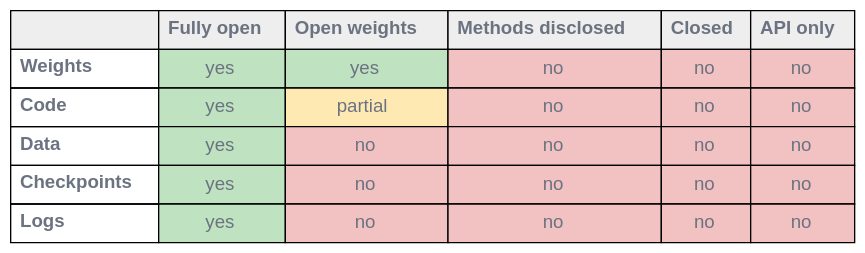
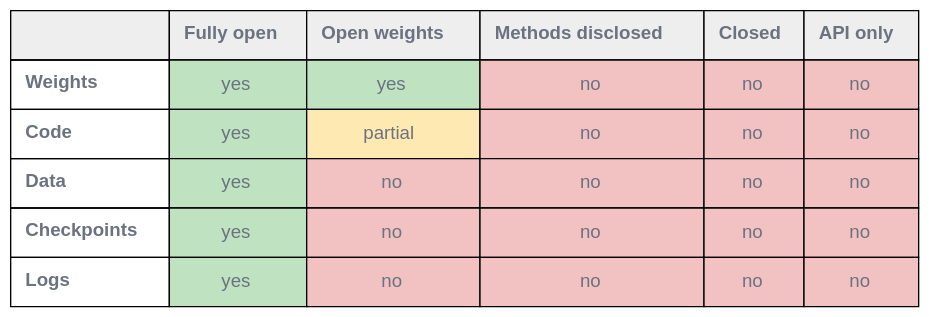
Before and after one commit to latere-ai/ai-as-an-infrastructure: the first of 2 diagrams in en/ecosystem/01-model-landscape.qmd, drawn with Graphviz. The commit also changed 1 other file, not shown here.

Commit message:
ecosystem: widen disclosure-table cell padding so CJK headers do not clip

````diff
--- a/en/ecosystem/01-model-landscape.qmd
+++ b/en/ecosystem/01-model-landscape.qmd
@@ -92,61 +92,61 @@
 ```{dot}
 //| label: fig-model-landscape-disclosure
 //| fig-cap: "The five disclosure dimensions against the openness tiers. A cell is the answer to one question: does this tier publish this artifact? Open weights ships runnable code and a report but not the full training pipeline, marked partial. After the fully open column, almost everything is withheld."
 digraph disclosure {
   bgcolor="transparent";
   rankdir=TB;
   node [shape=plaintext fontname="Helvetica" fontcolor="#6b7280"];
   m [label=<
-    <table border="0" cellborder="1" cellspacing="0" cellpadding="6">
+    <table border="0" cellborder="1" cellspacing="0" cellpadding="10">
       <tr>
         <td bgcolor="#eeeeee"></td>
         <td bgcolor="#eeeeee"><b>Fully open</b></td>
         <td bgcolor="#eeeeee"><b>Open weights</b></td>
         <td bgcolor="#eeeeee"><b>Methods disclosed</b></td>
         <td bgcolor="#eeeeee"><b>Closed</b></td>
         <td bgcolor="#eeeeee"><b>API only</b></td>
       </tr>
       <tr>
         <td align="left"><b>Weights</b></td>
         <td bgcolor="#bfe3c0">yes</td>
         <td bgcolor="#bfe3c0">yes</td>
         <td bgcolor="#f2c2c2">no</td>
         <td bgcolor="#f2c2c2">no</td>
         <td bgcolor="#f2c2c2">no</td>
       </tr>
       <tr>
         <td align="left"><b>Code</b></td>
         <td bgcolor="#bfe3c0">yes</td>
         <td bgcolor="#ffe9b3">partial</td>
         <td bgcolor="#f2c2c2">no</td>
         <td bgcolor="#f2c2c2">no</td>
         <td bgcolor="#f2c2c2">no</td>
       </tr>
       <tr>
         <td align="left"><b>Data</b></td>
         <td bgcolor="#bfe3c0">yes</td>
         <td bgcolor="#f2c2c2">no</td>
         <td bgcolor="#f2c2c2">no</td>
         <td bgcolor="#f2c2c2">no</td>
         <td bgcolor="#f2c2c2">no</td>
       </tr>
       <tr>
         <td align="left"><b>Checkpoints</b></td>
         <td bgcolor="#bfe3c0">yes</td>
         <td bgcolor="#f2c2c2">no</td>
         <td bgcolor="#f2c2c2">no</td>
         <td bgcolor="#f2c2c2">no</td>
         <td bgcolor="#f2c2c2">no</td>
       </tr>
       <tr>
         <td align="left"><b>Logs</b></td>
         <td bgcolor="#bfe3c0">yes</td>
         <td bgcolor="#f2c2c2">no</td>
         <td bgcolor="#f2c2c2">no</td>
         <td bgcolor="#f2c2c2">no</td>
         <td bgcolor="#f2c2c2">no</td>
       </tr>
     </table>
   >];
 }
 ```
````
